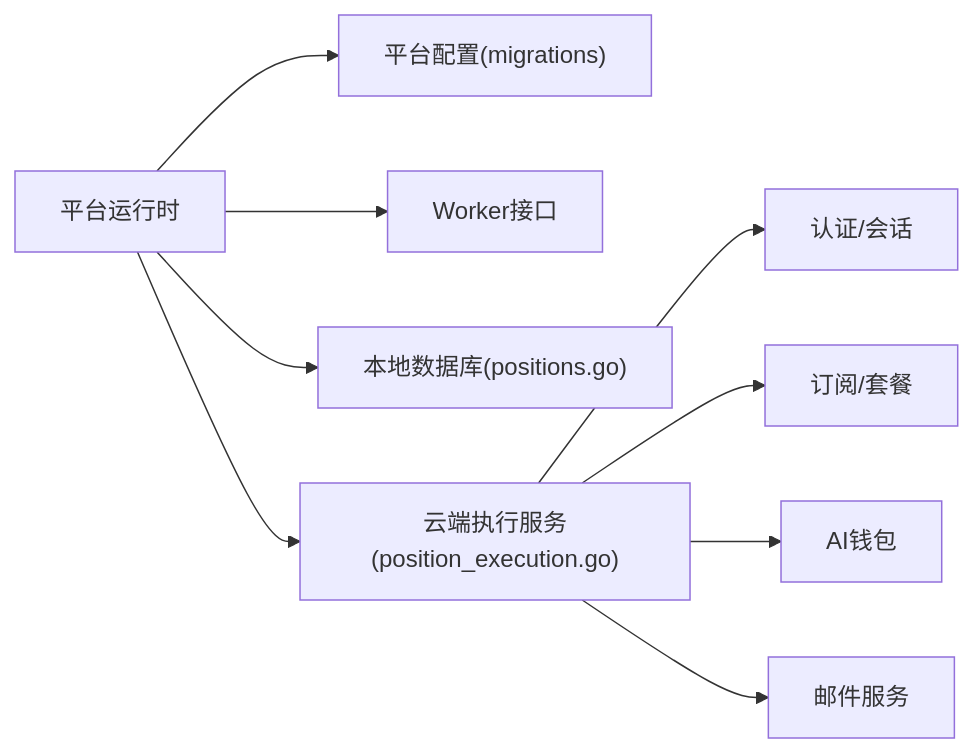
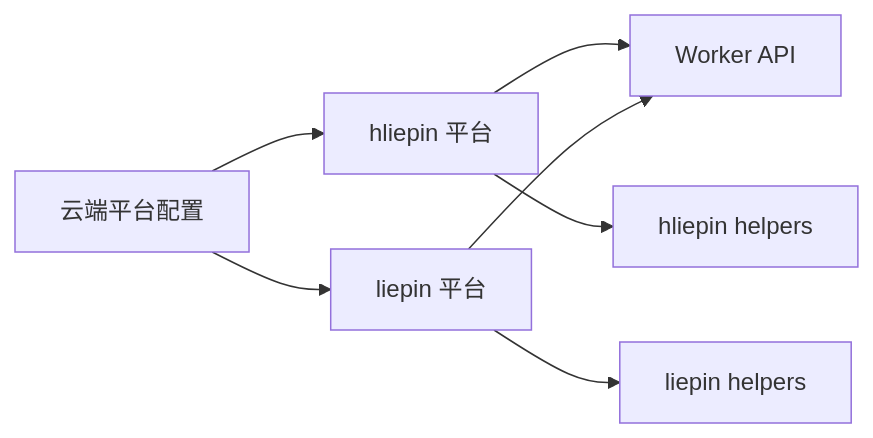
The seventh of 7 diagrams in .qoder/repowiki/zh/content/本地执行器/平台适配器/猎聘适配器/职位管理.md (alvinwangzi/goodhr), drawn with Mermaid before and after one commit. The commit also changed other lines of this file and 149 other files, not shown here.

````diff
--- a/.qoder/repowiki/zh/content/本地执行器/平台适配器/猎聘适配器/职位管理.md
+++ b/.qoder/repowiki/zh/content/本地执行器/平台适配器/猎聘适配器/职位管理.md
@@ -320,11 +278,9 @@
 ```mermaid
 graph LR
-Runtime["平台运行时"] --> Config["平台配置(migrations)"]
-Runtime --> Worker["Worker接口"]
-Runtime --> LocalDB["本地数据库(positions.go)"]
-Runtime --> CloudAPI["云端执行服务(position_execution.go)"]
-CloudAPI --> Auth["认证/会话"]
-CloudAPI --> Sub["订阅/套餐"]
-CloudAPI --> Wallet["AI钱包"]
-CloudAPI --> Mail["邮件服务"]
+Config["云端平台配置"] --> H["hliepin 平台"]
+Config --> L["liepin 平台"]
+H --> W["Worker API"]
+L --> W
+H --> HH["hliepin helpers"]
+L --> LH["liepin helpers"]
 ```
````
